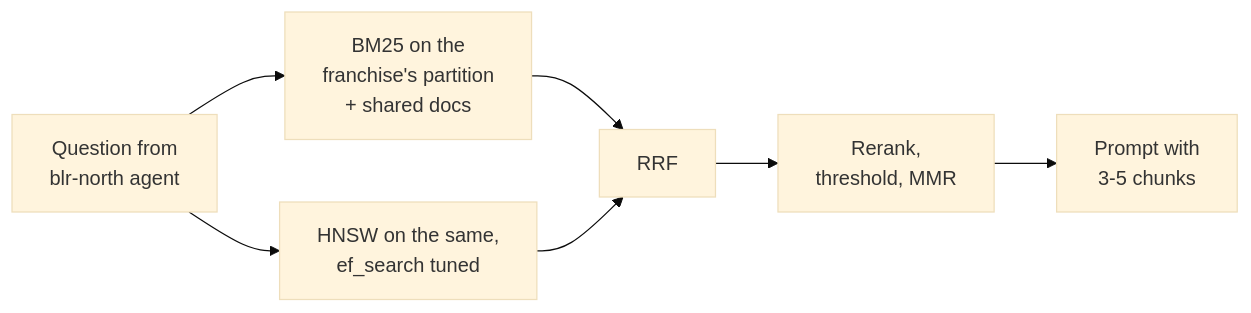
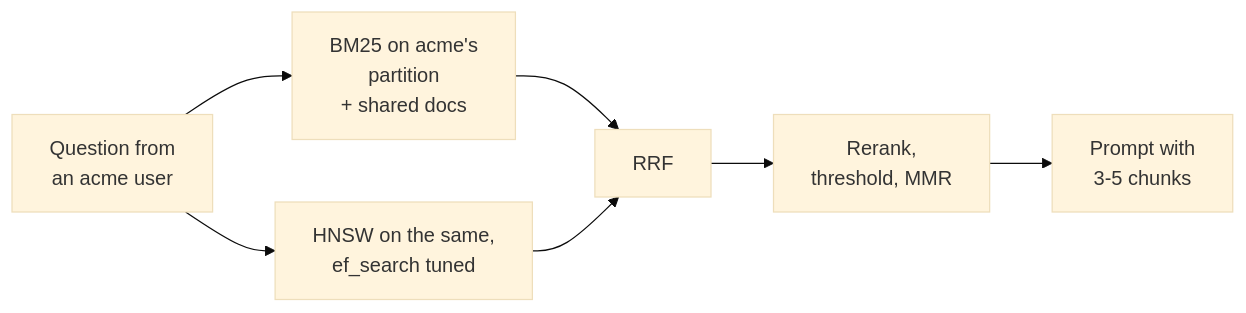
The ninth of 9 diagrams in src/Data/aiStackDocs/CH-03.md (shubamchaudhary/CodeNITW), drawn with Mermaid (base theme) before and after one commit. The commit also changed other lines of this file and 32 other files, not shown here.

````diff
--- a/src/Data/aiStackDocs/CH-03.md
+++ b/src/Data/aiStackDocs/CH-03.md
@@ -256,9 +257,9 @@
 ```mermaid
 flowchart LR
-    Q["Question from<br/>blr-north agent"] --> KW["BM25 on the<br/>franchise's partition<br/>+ shared docs"]
+    Q["Question from<br/>an acme user"] --> KW["BM25 on acme's<br/>partition<br/>+ shared docs"]
     Q --> VS["HNSW on the same,<br/>ef_search tuned"]
     KW --> F["RRF"]
     VS --> F
     F --> RR["Rerank,<br/>threshold, MMR"]
     RR --> P["Prompt with<br/>3-5 chunks"]
 ```
````
